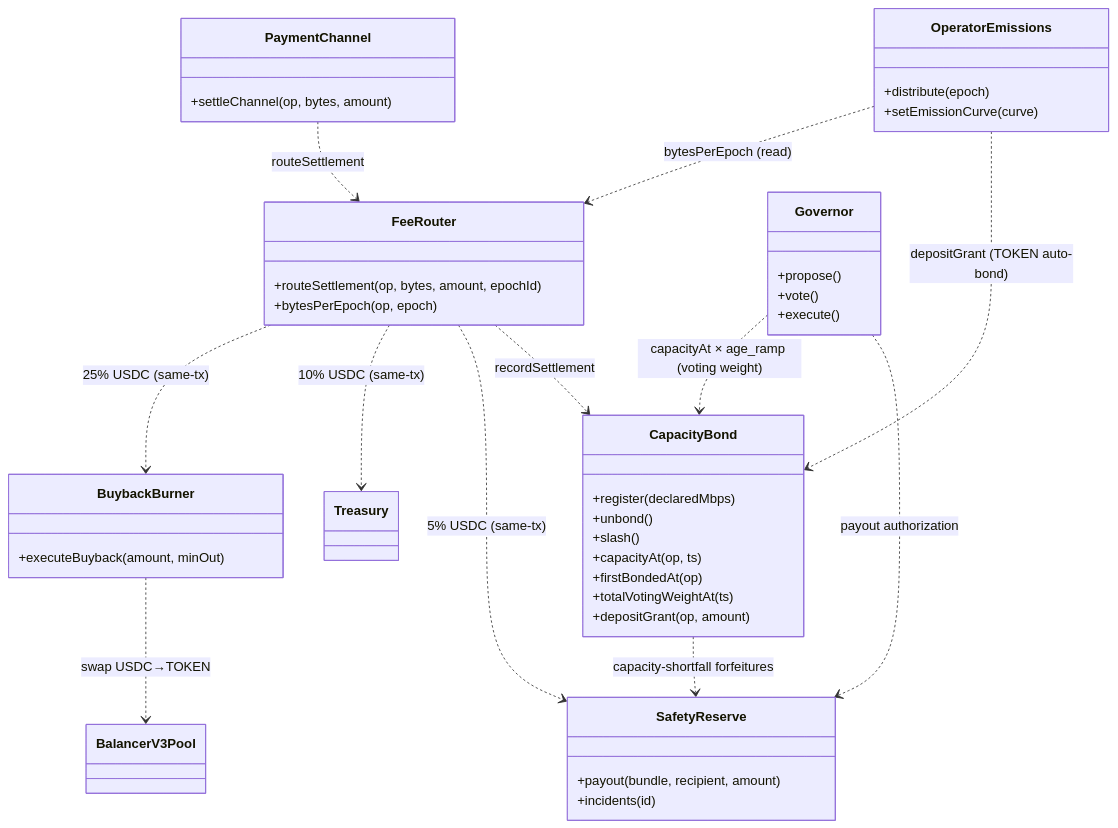
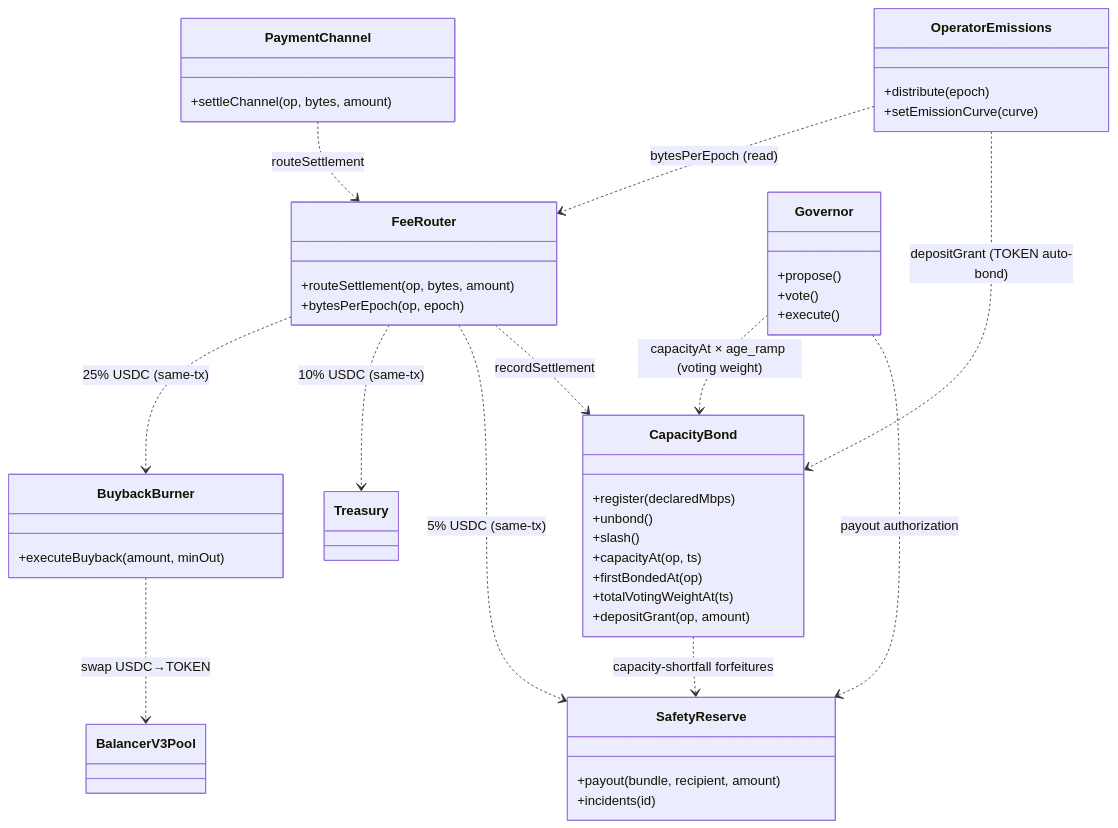
One commit to decdn/decdn changed the first of 5 diagrams in adr/016-contract-interactions.md. Above: the diagram before and after it, drawn with Mermaid. The commit also changed other lines of this file and 10 other files, not shown here.

````diff
--- a/adr/016-contract-interactions.md
+++ b/adr/016-contract-interactions.md
@@ -40,49 +40,49 @@
 ```mermaid
 classDiagram
     class PaymentChannel {
         +settleChannel(op, bytes, amount)
     }
     class FeeRouter {
-        +routeSettlement(op, bytes, amount, epochId)
+        +routeSettlement(op, bytes, amount)
         +bytesPerEpoch(op, epoch)
     }
     class CapacityBond {
         +register(declaredMbps)
         +unbond()
         +slash()
         +capacityAt(op, ts)
         +firstBondedAt(op)
         +totalVotingWeightAt(ts)
         +depositGrant(op, amount)
     }
     class OperatorEmissions {
         +distribute(epoch)
         +setEmissionCurve(curve)
     }
     class BuybackBurner {
         +executeBuyback(amount, minOut)
     }
     class SafetyReserve {
         +payout(bundle, recipient, amount)
         +incidents(id)
     }
     class Governor {
         +propose()
         +vote()
         +execute()
     }
     class Treasury
     class BalancerV3Pool
 
     PaymentChannel ..> FeeRouter : routeSettlement
     FeeRouter ..> BuybackBurner : 25% USDC (same-tx)
     FeeRouter ..> Treasury : 10% USDC (same-tx)
     FeeRouter ..> SafetyReserve : 5% USDC (same-tx)
     FeeRouter ..> CapacityBond : recordSettlement
     OperatorEmissions ..> FeeRouter : bytesPerEpoch (read)
     OperatorEmissions ..> CapacityBond : depositGrant (TOKEN auto-bond)
     BuybackBurner ..> BalancerV3Pool : swap USDC→TOKEN
     Governor ..> CapacityBond : capacityAt × age_ramp (voting weight)
     Governor ..> SafetyReserve : payout authorization
     CapacityBond ..> SafetyReserve : capacity-shortfall forfeitures
 ```
````
